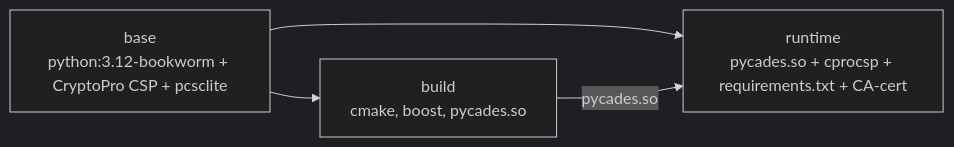
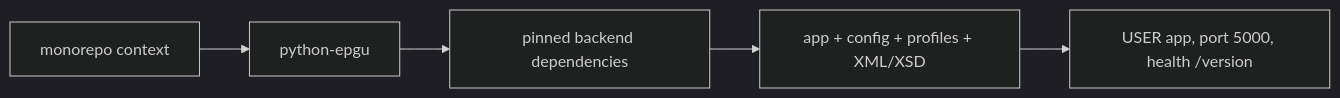
Before and after one commit to yellow444/epgu: the first of 2 diagrams in docs/deployment.md, drawn with Mermaid (dark theme). The commit also changed other lines of this file and 128 other files, not shown here.

````diff
--- a/docs/deployment.md
+++ b/docs/deployment.md
@@ -22,12 +28,7 @@
 ```mermaid
 flowchart LR
-    base["base
-python:3.12-bookworm + CryptoPro CSP + pcsclite"]
-    build["build
-cmake, boost, pycades.so"]
-    runtime["runtime
-pycades.so + cprocsp + requirements.txt + CA-cert"]
-    base --> build
-    base --> runtime
-    build -- "pycades.so" --> runtime
+    root["monorepo context"] --> sdk["python-epgu"]
+    sdk --> deps["pinned backend dependencies"]
+    deps --> app["app + config + profiles + XML/XSD"]
+    app --> runtime["USER app, port 5000, health /version"]
 ```
````
